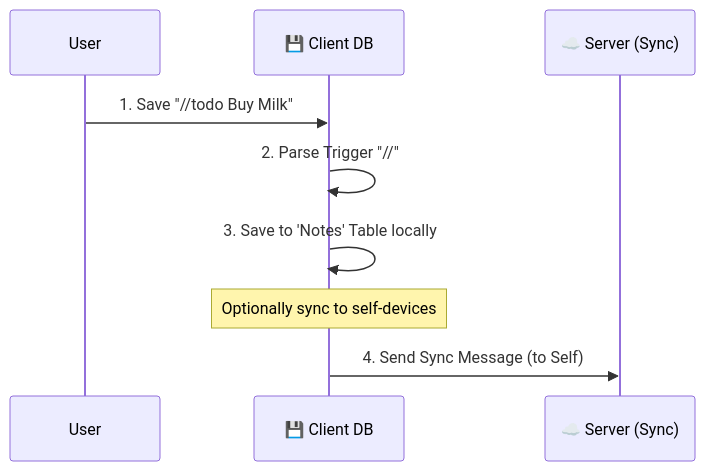
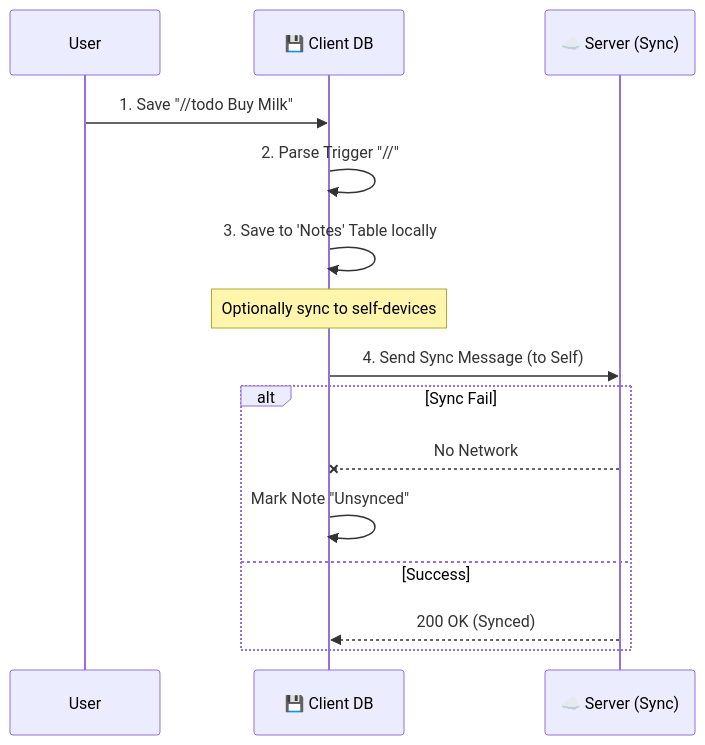
Before and after one commit to pingappduniya-oss/Ping-App-Complete-Use-Case-Flows-Technical-Deep-Dive-: diagram 18 of 18 in CompleteUseCaseFlows.md, drawn with Mermaid. The commit also changed other lines of this file, not shown here.

````diff
--- a/CompleteUseCaseFlows.md
+++ b/CompleteUseCaseFlows.md
@@ -426,13 +469,20 @@
 ```mermaid
 sequenceDiagram
     participant User
     participant CDB as 💾 Client DB
     participant Server as ☁️ Server (Sync)
 
     User->>CDB: 1. Save "//todo Buy Milk"
     CDB->>CDB: 2. Parse Trigger "//"
     CDB->>CDB: 3. Save to 'Notes' Table locally
     
     Note over CDB: Optionally sync to self-devices
     CDB->>Server: 4. Send Sync Message (to Self)
+
+    alt Sync Fail
+        Server--xCDB: No Network
+        CDB->>CDB: Mark Note "Unsynced"
+    else Success
+        Server-->>CDB: 200 OK (Synced)
+    end
 ```
````
